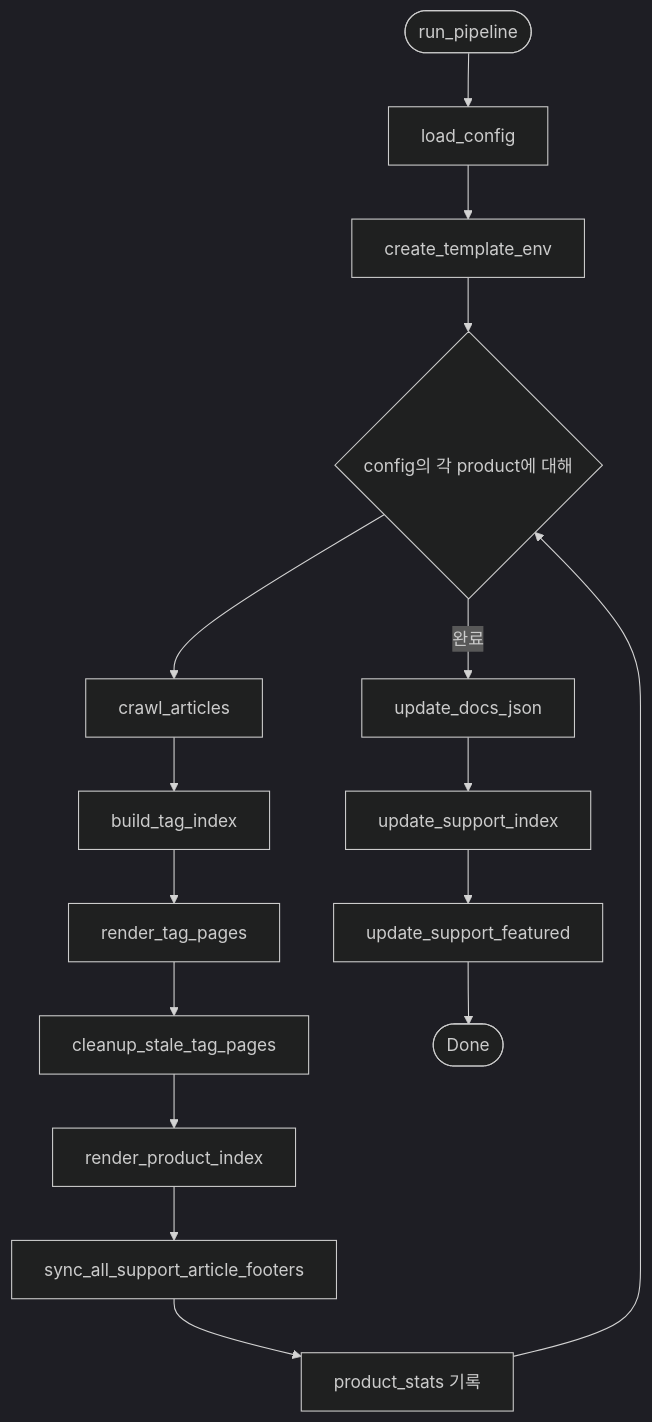
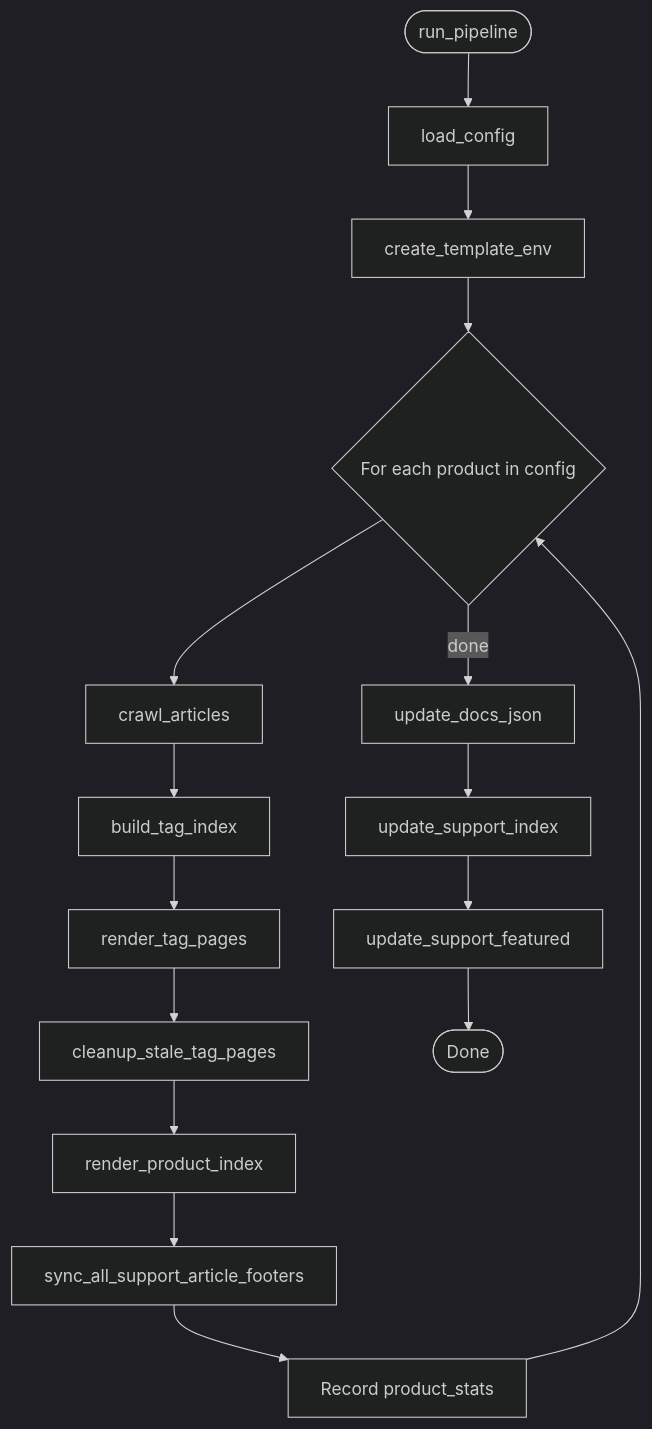
One commit to wandb/docs changed the third of 4 diagrams in ko/scripts/knowledgebase-nav/Architecture.md. Above: the diagram before and after it, drawn with Mermaid (dark theme). The commit also changed other lines of this file and 2852 other files, not shown here.

````diff
--- a/ko/scripts/knowledgebase-nav/Architecture.md
+++ b/ko/scripts/knowledgebase-nav/Architecture.md
@@ -69,18 +69,18 @@
 ```mermaid
 flowchart TD
   START([run_pipeline]) --> LOAD[load_config]
   LOAD --> JINJA[create_template_env]
-  JINJA --> LOOP{config의 각 product에 대해}
+  JINJA --> LOOP{For each product in config}
   LOOP --> P1[crawl_articles]
   P1 --> P2[build_tag_index]
   P2 --> P3[render_tag_pages]
   P3 --> P3b[cleanup_stale_tag_pages]
   P3b --> P4[render_product_index]
   P4 --> P5[sync_all_support_article_footers]
-  P5 --> P6[product_stats 기록]
+  P5 --> P6[Record product_stats]
   P6 --> LOOP
-  LOOP -->|완료| P7[update_docs_json]
+  LOOP -->|done| P7[update_docs_json]
   P7 --> P8[update_support_index]
   P8 --> P9[update_support_featured]
   P9 --> DONE([Done])
 ```
````
